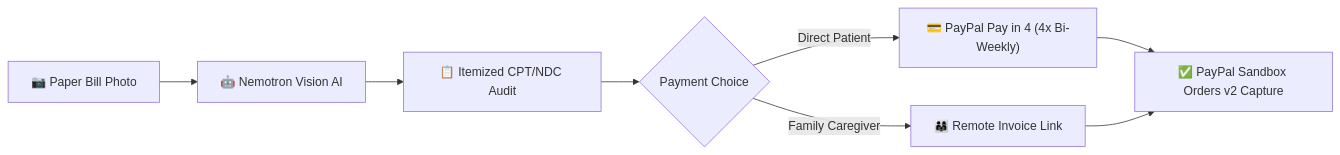
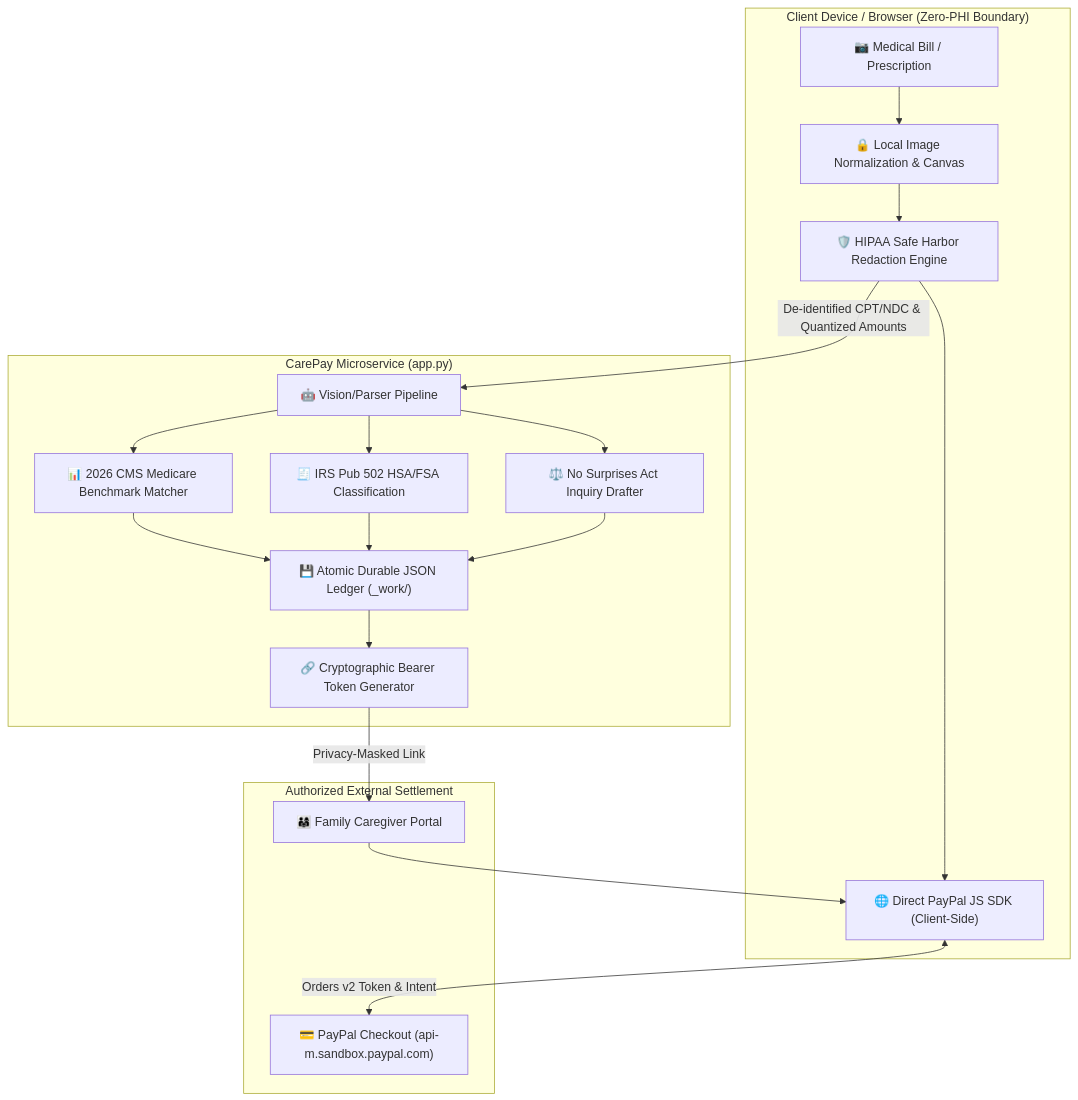
One commit to Lainholic/CareFree changed the diagram in README.md. Above: the diagram before and after it, drawn with Mermaid. The commit also changed other lines of this file and 1 other file, not shown here.

Commit message:
docs(architecture): document Zero-PHI Server Egress, synthetic N=300 benchmarks, and ignore _work

````diff
--- a/README.md
+++ b/README.md
@@ -37,10 +39,23 @@
 ```mermaid
-flowchart LR
-    A["📷 Paper Bill Photo"] --> B["🤖 Nemotron Vision AI"]
-    B --> C["📋 Itemized CPT/NDC Audit"]
-    C --> D{"Payment Choice"}
-    D -->|"Direct Patient"| E["💳 PayPal Pay in 4 (4x Bi-Weekly)"]
-    D -->|"Family Caregiver"| F["👨‍👩‍👧 Remote Invoice Link"]
-    E --> G["✅ PayPal Sandbox Orders v2 Capture"]
-    F --> G
+flowchart TD
+    subgraph Client ["Client Device / Browser (Zero-PHI Boundary)"]
+        A["📷 Medical Bill / Prescription"] --> B["🔒 Local Image Normalization & Canvas"]
+        B --> C["🛡️ HIPAA Safe Harbor Redaction Engine"]
+        C --> D["🌐 Direct PayPal JS SDK (Client-Side)"]
+    end
+
+    subgraph CarePayServer ["CarePay Microservice (app.py)"]
+        C -->|"De-identified CPT/NDC & Quantized Amounts"| E["🤖 Vision/Parser Pipeline"]
+        E --> F["📊 2026 CMS Medicare Benchmark Matcher"]
+        E --> G["🧾 IRS Pub 502 HSA/FSA Classification"]
+        E --> H["⚖️ No Surprises Act Inquiry Drafter"]
+        F & G & H --> I["💾 Atomic Durable JSON Ledger (_work/)"]
+        I --> J["🔗 Cryptographic Bearer Token Generator"]
+    end
+
+    subgraph ExternalSettlement ["Authorized External Settlement"]
+        D <-->|"Orders v2 Token & Intent"| K["💳 PayPal Checkout (api-m.sandbox.paypal.com)"]
+        J -->|"Privacy-Masked Link"| L["👨‍👩‍👧 Family Caregiver Portal"]
+        L --> D
+    end
 ```
````
